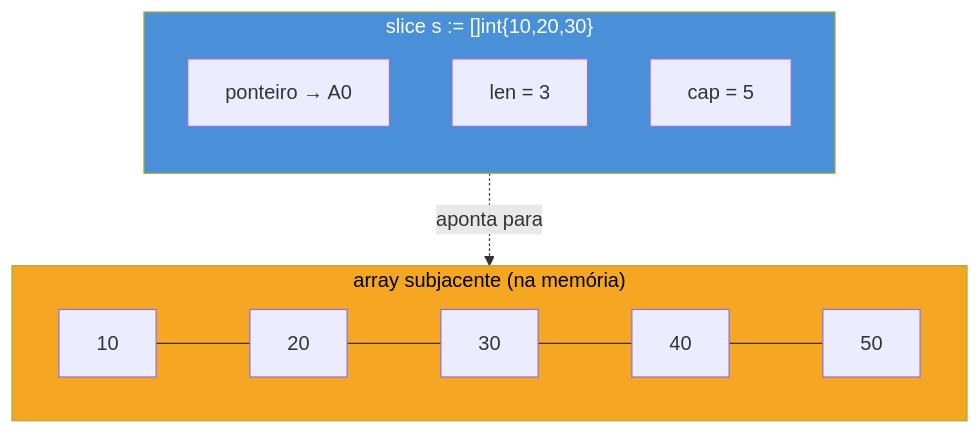
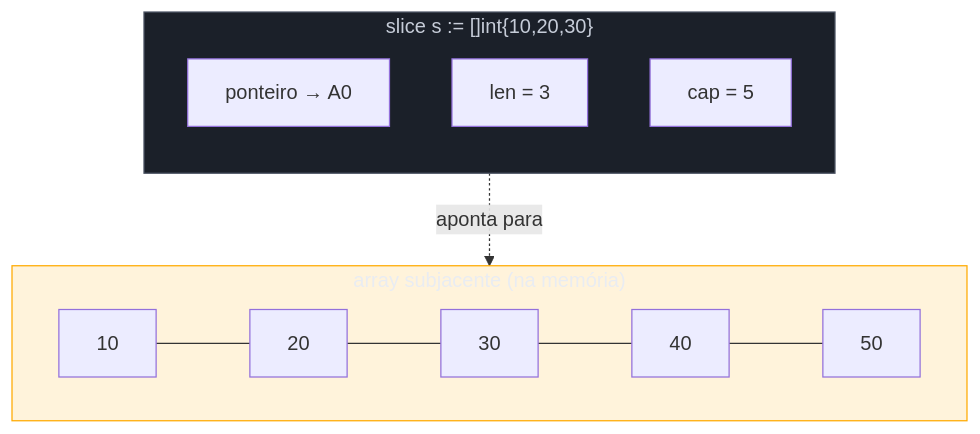
The first of 2 diagrams in 03-Dominios/Tecnologia/Go/05 - Coleções e dados/02 - Slices — o cavalo de batalha.md (josenaldo/codex-technomanticus), drawn with Mermaid before and after one commit. The commit also changed 1181 other files, not shown here.

First line of the commit message:
fix(diagramas): paleta do sistema no lugar de cor cravada no markdown

````diff
--- a/03-Dominios/Tecnologia/Go/05 - Coleções e dados/02 - Slices — o cavalo de batalha.md
+++ b/03-Dominios/Tecnologia/Go/05 - Coleções e dados/02 - Slices — o cavalo de batalha.md
@@ -38,19 +38,21 @@
 ```mermaid
 flowchart TB
+    classDef neutro fill:#1B2029,stroke:#4E5666,color:#C6CCD8
+    classDef destaque fill:#FFAA0024,stroke:#FFAA00,color:#E9ECF2
     subgraph Array["array subjacente (na memória)"]
         direction LR
         A0["10"] --- A1["20"] --- A2["30"] --- A3["40"] --- A4["50"]
     end
 
     subgraph Slice["slice s := []int{10,20,30}"]
         direction TB
         P["ponteiro → A0"]
         L["len = 3"]
         C["cap = 5"]
     end
 
     Slice -.->|"aponta para"| Array
 
-    style Slice fill:#4A90D9,color:#fff
-    style Array fill:#F5A623,color:#000
+    class Slice neutro
+    class Array destaque
 ```
````
